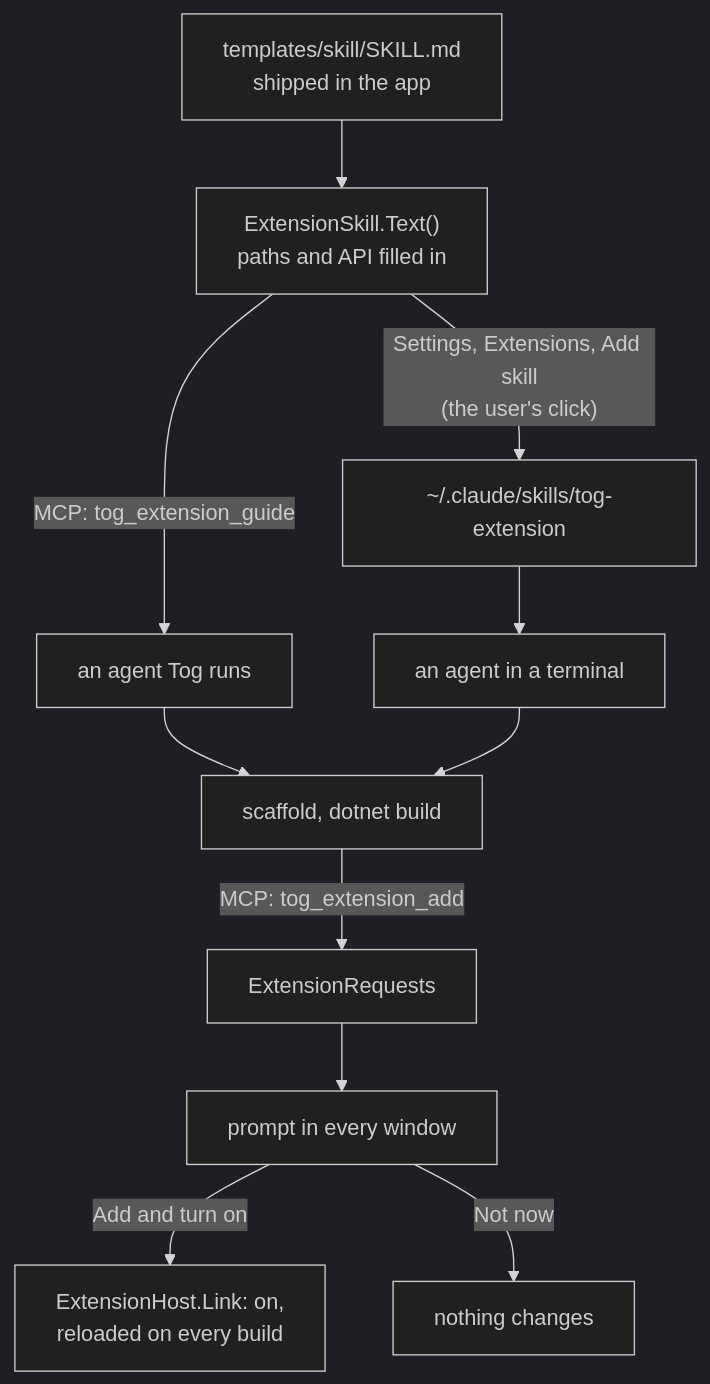
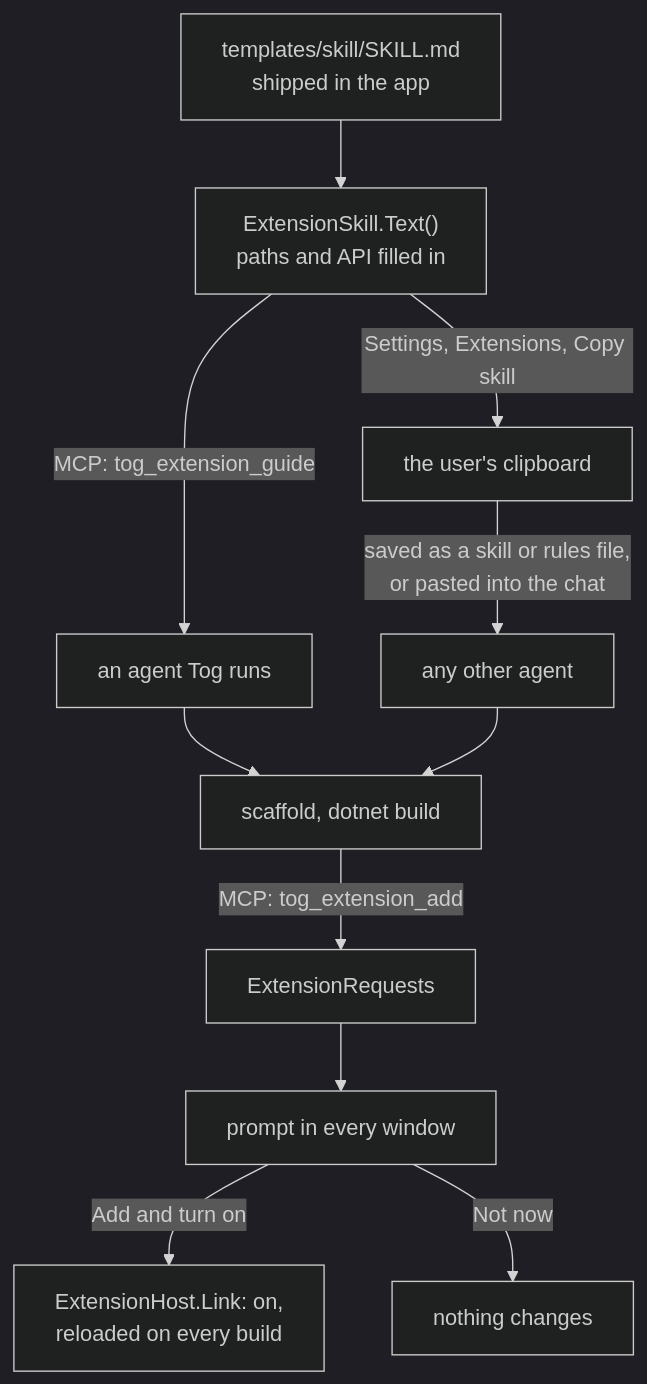
The second of 10 diagrams in docs/extensions.md (BradenTerry/Tog), drawn with Mermaid (dark theme) before and after one commit. The commit also changed other lines of this file and 34 other files, not shown here.

First line of the commit message:
Run agents through per-kind backends, and copy the extension skill

````diff
--- a/docs/extensions.md
+++ b/docs/extensions.md
@@ -49,13 +49,13 @@
 ```mermaid
 flowchart TD
     S["templates/skill/SKILL.md<br/>shipped in the app"] --> R["ExtensionSkill.Text()<br/>paths and API filled in"]
-    R -->|"Settings, Extensions, Add skill<br/>(the user's click)"| K["~/.claude/skills/tog-extension"]
+    R -->|"Settings, Extensions, Copy skill"| K["the user's clipboard"]
     R -->|"MCP: tog_extension_guide"| M["an agent Tog runs"]
-    K --> T["an agent in a terminal"]
+    K -->|"saved as a skill or rules file,<br/>or pasted into the chat"| T["any other agent"]
     M --> B["scaffold, dotnet build"]
     T --> B
     B -->|"MCP: tog_extension_add"| Q["ExtensionRequests"]
     Q --> P["prompt in every window"]
     P -->|"Add and turn on"| L["ExtensionHost.Link: on,<br/>reloaded on every build"]
     P -->|"Not now"| X["nothing changes"]
 ```
````
